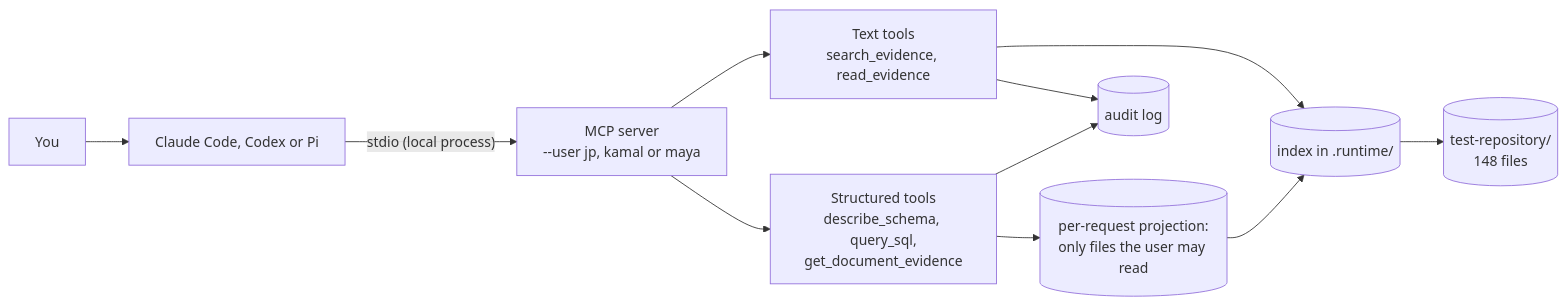
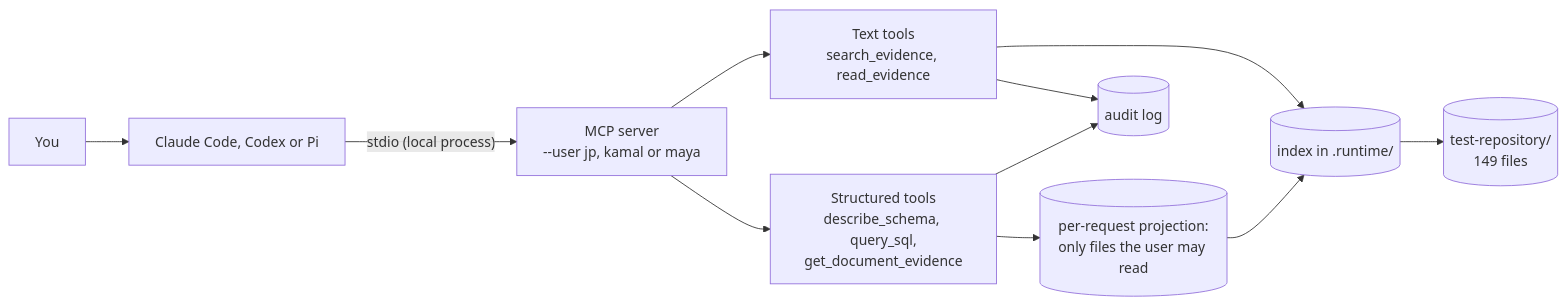
The diagram in docs/MCP.md (Sangrail/test), drawn with Mermaid before and after one commit. The commit also changed other lines of this file and 106 other files, not shown here.

````diff
--- a/docs/MCP.md
+++ b/docs/MCP.md
@@ -7,13 +7,13 @@
 ```mermaid
 flowchart LR
     You[You] --> Client[Claude Code, Codex or Pi]
     Client -- "stdio (local process)" --> MCP[MCP server<br/>--user jp, kamal or maya]
     MCP --> Text[Text tools<br/>search_evidence, read_evidence]
     MCP --> SQL[Structured tools<br/>describe_schema, query_sql,<br/>get_document_evidence]
     Text --> Index[(index in .runtime/)]
     SQL --> Projection[(per-request projection:<br/>only files the user may read)]
     Projection --> Index
     Text --> Audit[(audit log)]
     SQL --> Audit
-    Index --> Repo[(test-repository/<br/>148 files)]
+    Index --> Repo[(test-repository/<br/>149 files)]
 ```
````
